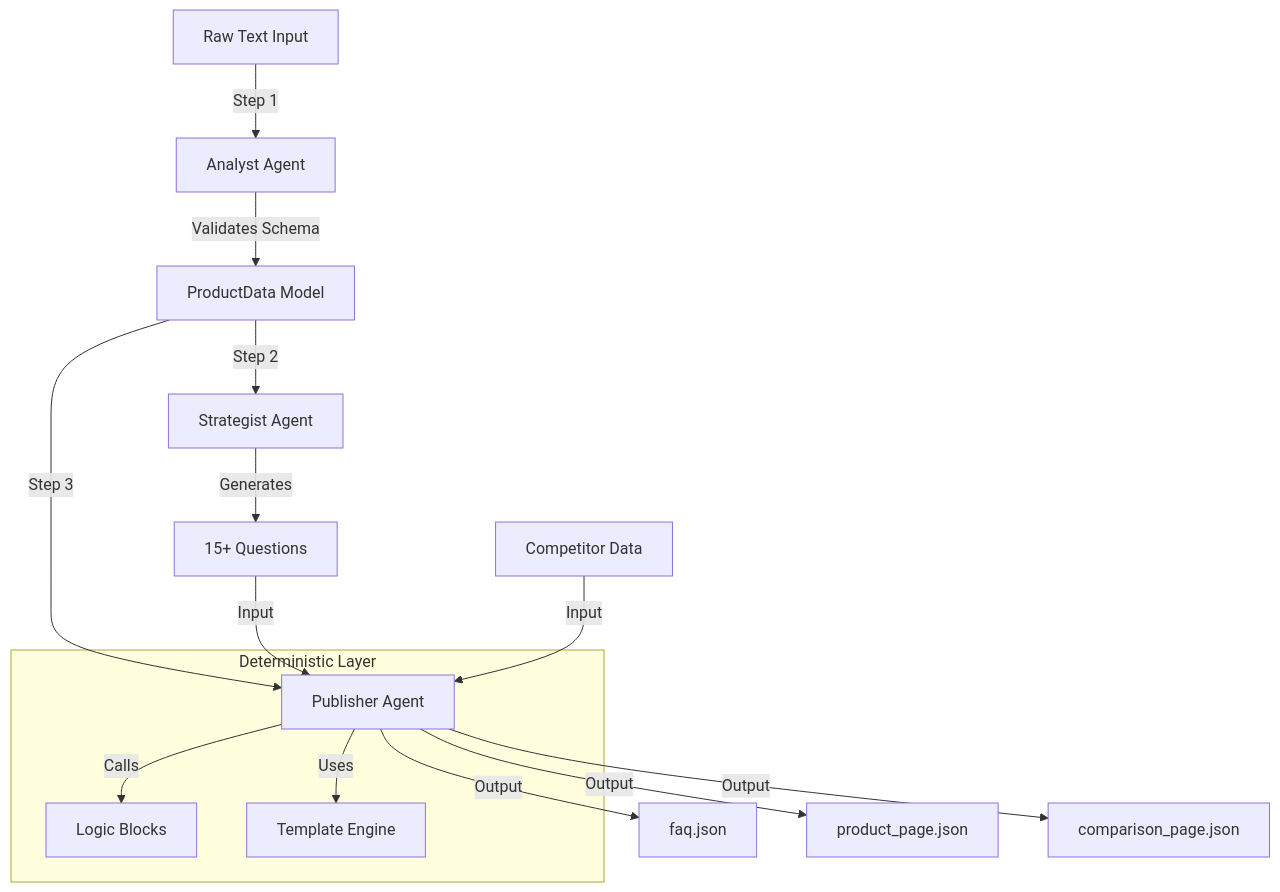
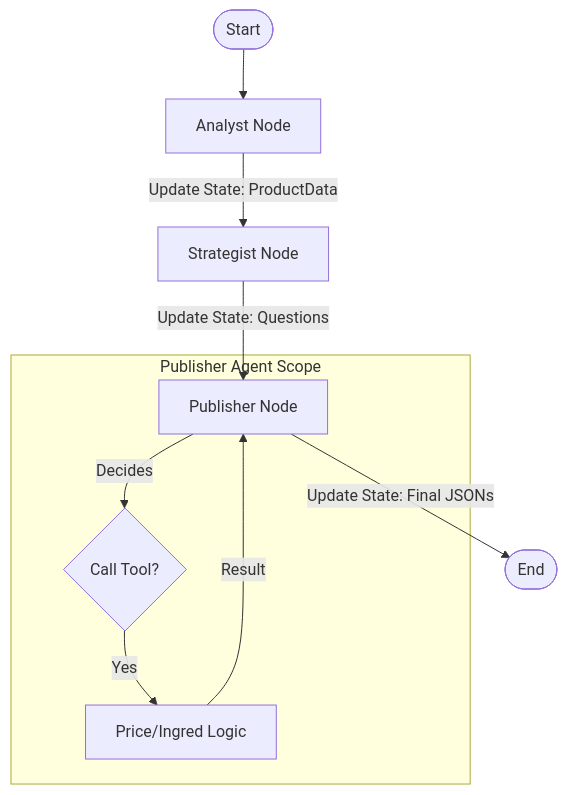
The diagram in docs/projetdocumentation.md (Chitragupta16/kasparro-agentic-Soumyashis-Sarkar), drawn with Mermaid before and after one commit. The commit also changed other lines of this file and 5 other files, not shown here.

````diff
--- a/docs/projetdocumentation.md
+++ b/docs/projetdocumentation.md
@@ -32,21 +30,15 @@
 ```mermaid
 graph TD
-    User[Raw Text Input] -->|Step 1| Analyst[Analyst Agent]
-    Analyst -->|Validates Schema| Data[ProductData Model]
+    Start([Start]) --> Analyst[Analyst Node]
+    Analyst -->|Update State: ProductData| Strategist[Strategist Node]
     
-    Data -->|Step 2| Strategist[Strategist Agent]
-    Strategist -->|Generates| Qs[15+ Questions]
+    Strategist -->|Update State: Questions| Publisher[Publisher Node]
     
-    Data -->|Step 3| Publisher[Publisher Agent]
-    Qs -->|Input| Publisher
-    Comp[Competitor Data] -->|Input| Publisher
-    
-    subgraph "Deterministic Layer"
-    Publisher -->|Calls| Blocks[Logic Blocks]
-    Publisher -->|Uses| Templates[Template Engine]
+    subgraph "Publisher Agent Scope"
+    Publisher -->|Decides| CallTool{Call Tool?}
+    CallTool -->|Yes| Tools[Price/Ingred Logic]
+    Tools -->|Result| Publisher
     end
     
-    Publisher -->|Output| File1[faq.json]
-    Publisher -->|Output| File2[product_page.json]
-    Publisher -->|Output| File3[comparison_page.json]
+    Publisher -->|Update State: Final JSONs| End([End])
 ```
````
